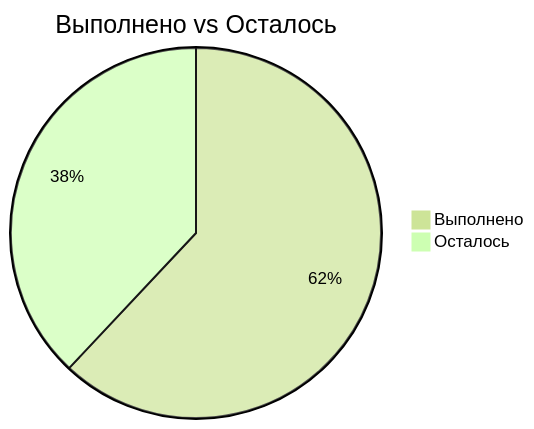
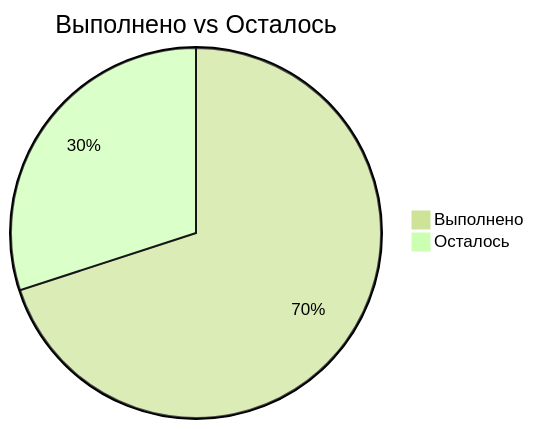
The second of 2 diagrams in docs/project_progress.md (zubkovfpk/hydromet_bulletin), drawn with Mermaid (forest theme) before and after one commit. The commit also changed other lines of this file and 1 other file, not shown here.

````diff
--- a/docs/project_progress.md
+++ b/docs/project_progress.md
@@ -60,6 +61,6 @@
 ```mermaid
 pie
     title Выполнено vs Осталось
-    "Выполнено" : 62
-    "Осталось"  : 38
+    "Выполнено" : 70
+    "Осталось"  : 30
 ```
````
